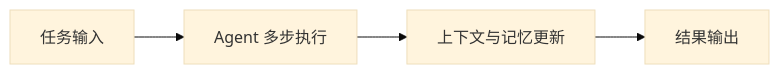
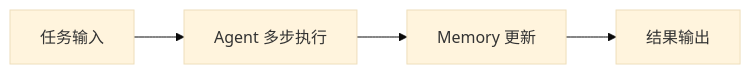
Before and after one commit to jixie-wish/Janus: the first of 13 diagrams in core/docs/AGENT-FLOW.md, drawn with Mermaid (base theme). The commit also changed other lines of this file and 24 other files, not shown here.

````diff
--- a/core/docs/AGENT-FLOW.md
+++ b/core/docs/AGENT-FLOW.md
@@ -29,6 +20,6 @@
 ```mermaid
 flowchart LR
     IN[任务输入] --> AG[Agent 多步执行]
-    AG --> MEM[上下文与记忆更新]
+    AG --> MEM[Memory 更新]
     MEM --> OUT[结果输出]
 ```
````
